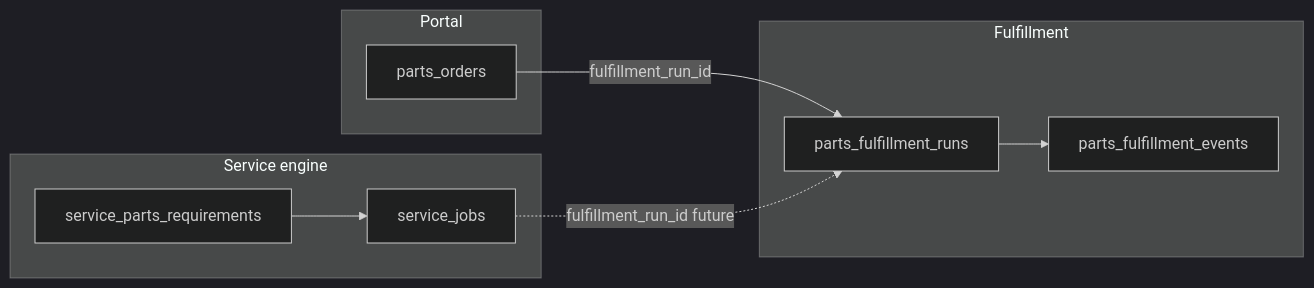
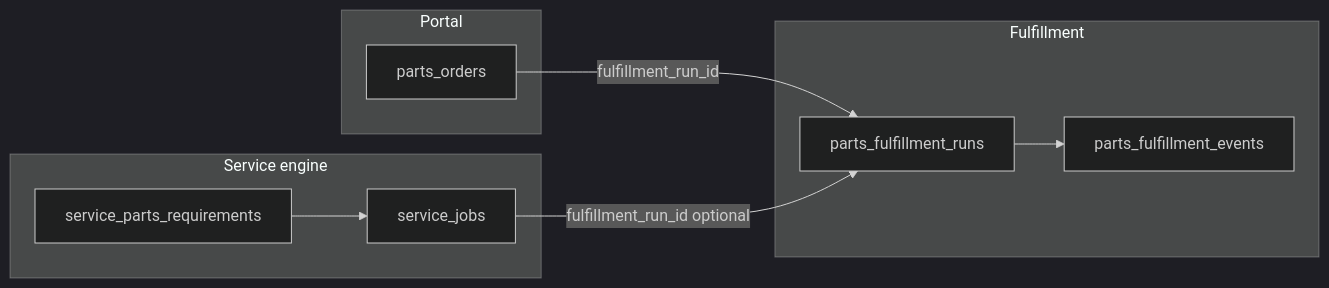
The diagram in docs/architecture/parts-service-unified-model.md (lewis4x4/qep), drawn with Mermaid (dark theme) before and after one commit. The commit also changed other lines of this file and 4 other files, not shown here.

````diff
--- a/docs/architecture/parts-service-unified-model.md
+++ b/docs/architecture/parts-service-unified-model.md
@@ -23,18 +23,18 @@
 ```mermaid
 flowchart LR
   subgraph portal [Portal]
     PO[parts_orders]
   end
   subgraph fulfillment [Fulfillment]
     FR[parts_fulfillment_runs]
     EV[parts_fulfillment_events]
   end
   subgraph service [Service engine]
     SJ[service_jobs]
     SPR[service_parts_requirements]
   end
   PO -->|fulfillment_run_id| FR
   FR --> EV
-  SJ -.->|fulfillment_run_id future| FR
+  SJ -->|fulfillment_run_id optional| FR
   SPR --> SJ
 ```
````
